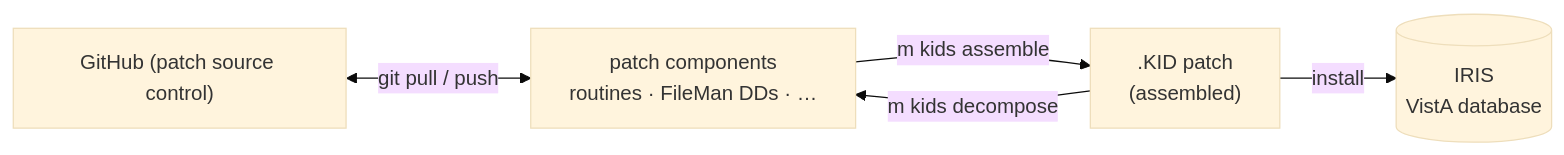
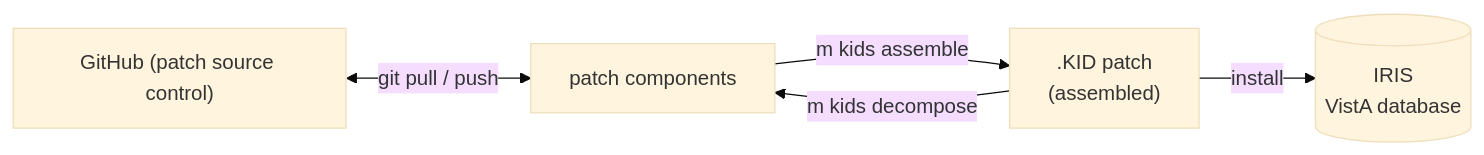
One commit to vista-cloud-dev/.github changed the second of 7 diagrams in profile/README.md. Above: the diagram before and after it, drawn with Mermaid (base theme). The commit also changed other lines of this file, not shown here.

Commit message:
docs: simplify version-control node labels to 'm routines' and 'patch components'

````diff
--- a/profile/README.md
+++ b/profile/README.md
@@ -112,12 +112,12 @@
 ```mermaid
 flowchart LR
     gh["GitHub (patch source control)"]
-    comps["patch components<br/>routines · FileMan DDs · …"]
+    comps["patch components"]
     kid[".KID patch<br/>(assembled)"]
     iris[("IRIS<br/>VistA database")]
 
     gh <-->|git pull / push| comps
     kid -->|m kids decompose| comps
     comps -->|m kids assemble| kid
     kid -->|install| iris
 ```
````
